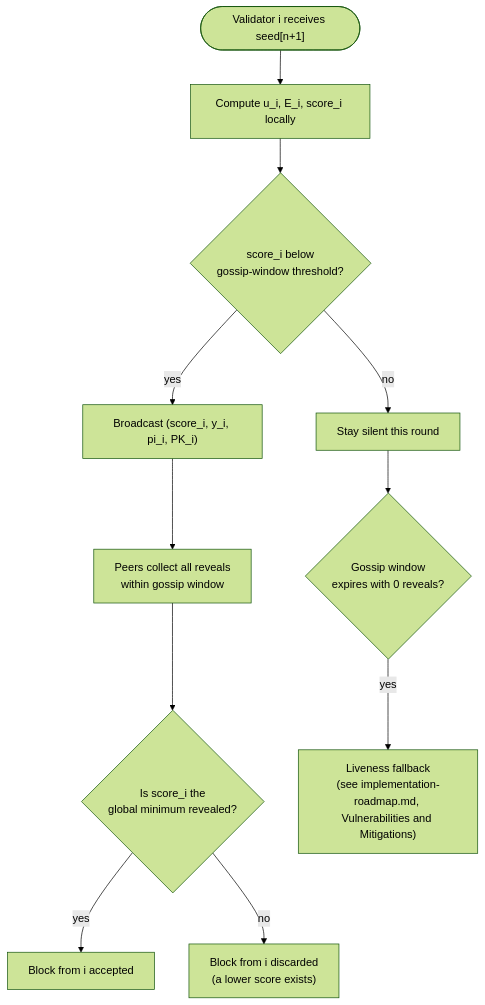
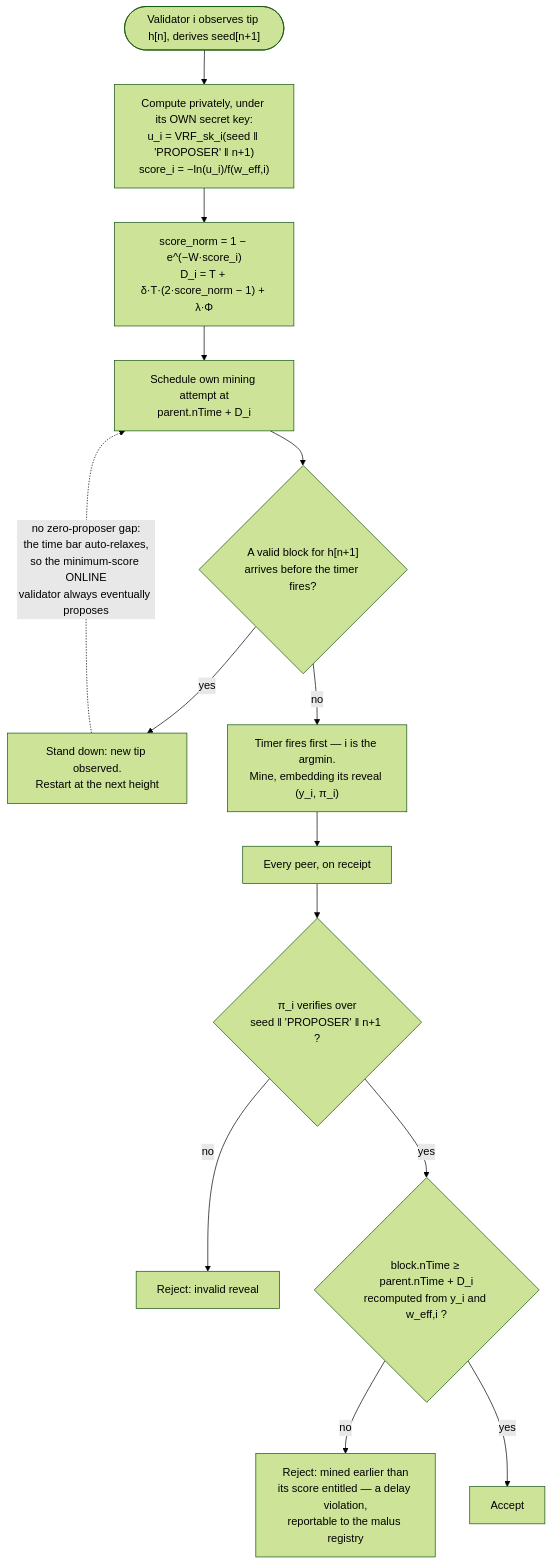
One commit to FeMattu/multichain changed the fourth of 5 diagrams in src/wpoa/docs/thesis-project-overview.md. Above: the diagram before and after it, drawn with Mermaid (forest theme). The commit also changed other lines of this file and 2 other files, not shown here.

First line of the commit message:
docs(wpoa): aggiorna i diagrammi sul flusso reale di assegnazione del peso

````diff
--- a/src/wpoa/docs/thesis-project-overview.md
+++ b/src/wpoa/docs/thesis-project-overview.md
@@ -643,13 +655,19 @@
 ```mermaid
 flowchart TD
-    Start(["Validator i receives seed[n+1]"]) --> Eval["Compute u_i, E_i, score_i locally"]
-    Eval --> Check{"score_i below<br/>gossip-window threshold?"}
-    Check -->|no| Wait["Stay silent this round"]
-    Check -->|yes| Reveal["Broadcast (score_i, y_i, pi_i, PK_i)"]
-    Reveal --> Collect["Peers collect all reveals<br/>within gossip window"]
-    Collect --> Min{"Is score_i the<br/>global minimum revealed?"}
-    Min -->|yes| Accept["Block from i accepted"]
-    Min -->|no| Discard["Block from i discarded<br/>(a lower score exists)"]
-    Wait --> Timeout{"Gossip window<br/>expires with 0 reveals?"}
-    Timeout -->|yes| Fallback["Liveness fallback<br/>(see implementation-roadmap.md, Vulnerabilities and Mitigations)"]
+    Start(["Validator i observes tip h[n], derives seed[n+1]"]) --> Eval["Compute privately, under its OWN secret key:<br/>u_i = VRF_sk_i(seed ‖ 'PROPOSER' ‖ n+1)<br/>score_i = −ln(u_i)/f(w_eff,i)"]
+    Eval --> Norm["score_norm = 1 − e^(−W·score_i)<br/>D_i = T + δ·T·(2·score_norm − 1) + λ·Φ"]
+    Norm --> Timer["Schedule own mining attempt at<br/>parent.nTime + D_i"]
+
+    Timer --> Race{"A valid block for h[n+1]<br/>arrives before the timer fires?"}
+    Race -->|yes| Stand["Stand down: new tip observed.<br/>Restart at the next height"]
+    Race -->|no| Propose["Timer fires first — i is the argmin.<br/>Mine, embedding its reveal (y_i, π_i)"]
+
+    Propose --> Peer["Every peer, on receipt"]
+    Peer --> V1{"π_i verifies over<br/>seed ‖ 'PROPOSER' ‖ n+1 ?"}
+    V1 -->|no| Rej1["Reject: invalid reveal"]
+    V1 -->|yes| V2{"block.nTime ≥ parent.nTime + D_i<br/>recomputed from y_i and w_eff,i ?"}
+    V2 -->|no| Rej2["Reject: mined earlier than<br/>its score entitled — a delay violation,<br/>reportable to the malus registry"]
+    V2 -->|yes| Acc["Accept"]
+
+    Stand -.->|"no zero-proposer gap:<br/>the time bar auto-relaxes,<br/>so the minimum-score ONLINE<br/>validator always eventually proposes"| Timer
 ```
````
